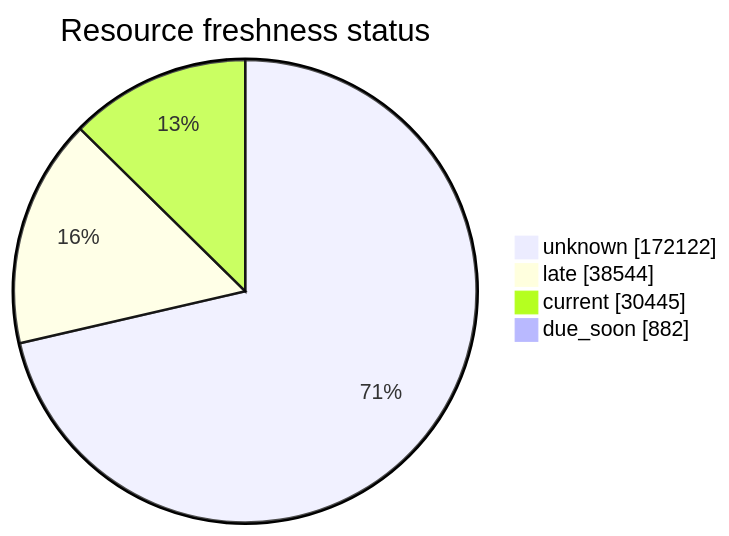
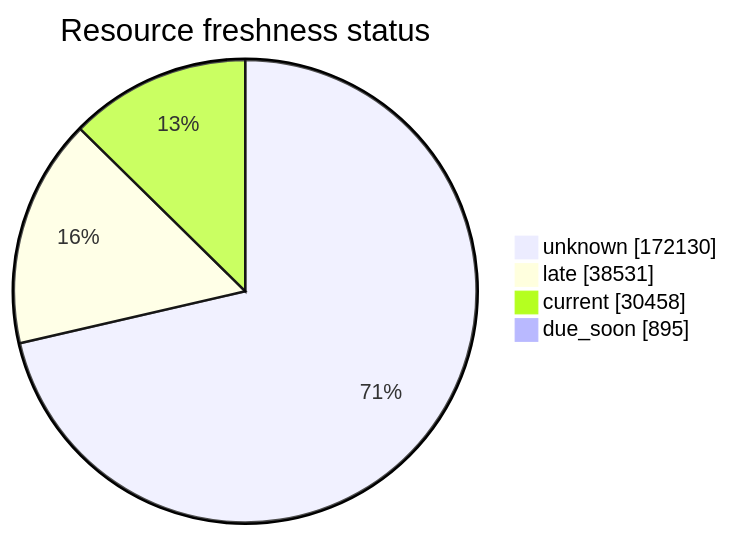
The third of 5 diagrams in FreshCheck/README.md (open-data/analytics-corporate-reporting), drawn with Mermaid before and after one commit. The commit also changed other lines of this file and 3 other files, not shown here.

````diff
--- a/FreshCheck/README.md
+++ b/FreshCheck/README.md
@@ -77,7 +77,7 @@
 ```mermaid
 pie showData title Resource freshness status
-    "unknown": 172122
-    "late": 38544
-    "current": 30445
-    "due_soon": 882
+    "unknown": 172130
+    "late": 38531
+    "current": 30458
+    "due_soon": 895
 ```
````
